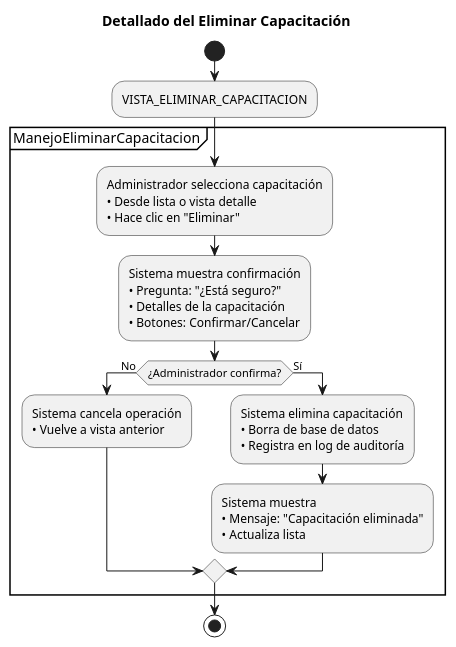
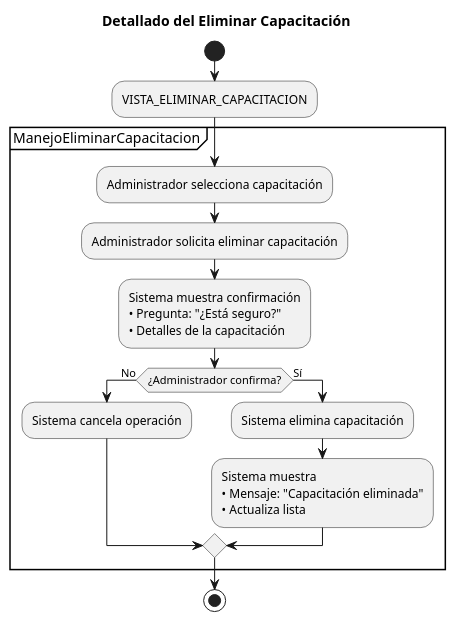
The diagram in casos_de_uso/diagramas_casos_de_uso_detallados/eliminar_capacitacion.puml (Dievex/24-25-IdSw1-SDR), drawn with PlantUML before and after one commit.

Commit message:
refactor(diagram): simplify delete training use case diagram

```diff
--- a/casos_de_uso/diagramas_casos_de_uso_detallados/eliminar_capacitacion.puml
+++ b/casos_de_uso/diagramas_casos_de_uso_detallados/eliminar_capacitacion.puml
@@ -1,41 +1,35 @@
 @startuml
 title Detallado del Eliminar Capacitación
 
 start
 
 :VISTA_ELIMINAR_CAPACITACION;
 
 partition ManejoEliminarCapacitacion {
   
-  :Administrador selecciona capacitación
-  • Desde lista o vista detalle
-  • Hace clic en "Eliminar";
-  
-  
+  :Administrador selecciona capacitación;
+
+  :Administrador solicita eliminar capacitación;
   
   :Sistema muestra confirmación
   • Pregunta: "¿Está seguro?"
-  • Detalles de la capacitación
-  • Botones: Confirmar/Cancelar;
+  • Detalles de la capacitación;
     
     if (¿Administrador confirma?) then (No)
-      :Sistema cancela operación
-      • Vuelve a vista anterior;
+      :Sistema cancela operación;
       
     else (Sí)
-      :Sistema elimina capacitación
-      • Borra de base de datos
-      • Registra en log de auditoría;
+      :Sistema elimina capacitación;
       
       :Sistema muestra
       • Mensaje: "Capacitación eliminada"
       • Actualiza lista;
       
     endif
     
   
   
 }
 
 stop
 @enduml
```
